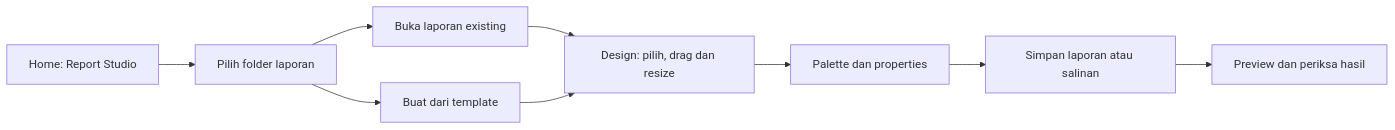
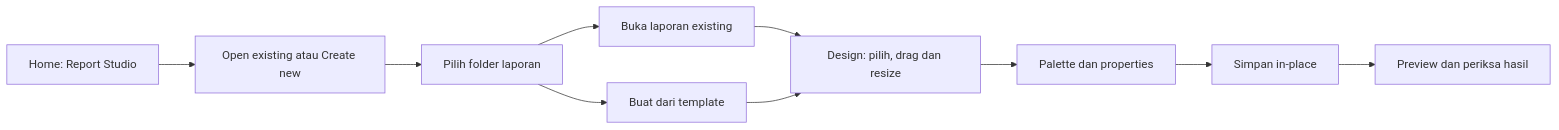
One commit to RaditteAnggoro/react-uiux-tool changed the first of 2 diagrams in README.id.md. Above: the diagram before and after it, drawn with Mermaid. The commit also changed other lines of this file and 40 other files, not shown here.

First line of the commit message:
Refine studio UX, single in-place report save, and docs

````diff
--- a/README.id.md
+++ b/README.id.md
@@ -27,11 +29,12 @@
 ```mermaid
 flowchart LR
-  Home[Home: Report Studio] --> Folder[Pilih folder laporan]
+  Home[Home: Report Studio] --> Start[Open existing atau Create new]
+  Start --> Folder[Pilih folder laporan]
   Folder --> Open[Buka laporan existing]
   Folder --> New[Buat dari template]
   Open --> Design[Design: pilih, drag dan resize]
   New --> Design
   Design --> Palette[Palette dan properties]
-  Palette --> Save[Simpan laporan atau salinan]
+  Palette --> Save[Simpan in-place]
   Save --> Check[Preview dan periksa hasil]
 ```
````
